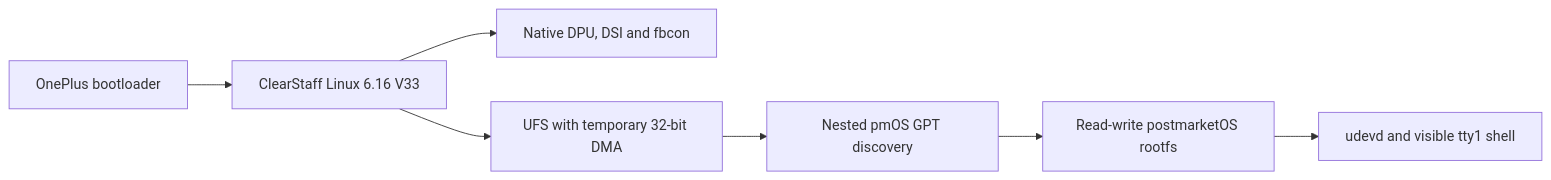
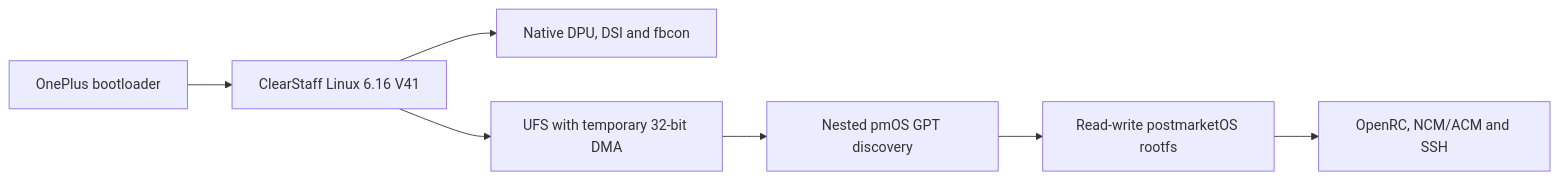
Before and after one commit to Sr-0w/hotdog-linux-bringup: the diagram in README.md, drawn with Mermaid. The commit also changed other lines of this file and 15 other files, not shown here.

````diff
--- a/README.md
+++ b/README.md
@@ -78,9 +89,9 @@
 ```mermaid
 flowchart LR
-    A["OnePlus bootloader"] --> B["ClearStaff Linux 6.16 V33"]
+    A["OnePlus bootloader"] --> B["ClearStaff Linux 6.16 V41"]
     B --> C["Native DPU, DSI and fbcon"]
     B --> D["UFS with temporary 32-bit DMA"]
     D --> E["Nested pmOS GPT discovery"]
     E --> F["Read-write postmarketOS rootfs"]
-    F --> G["udevd and visible tty1 shell"]
+    F --> G["OpenRC, NCM/ACM and SSH"]
 ```
````
